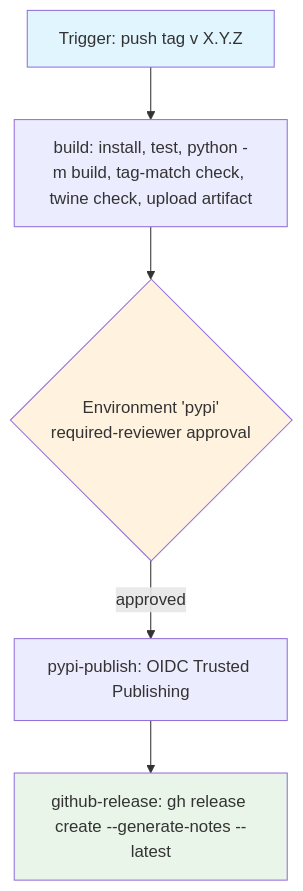
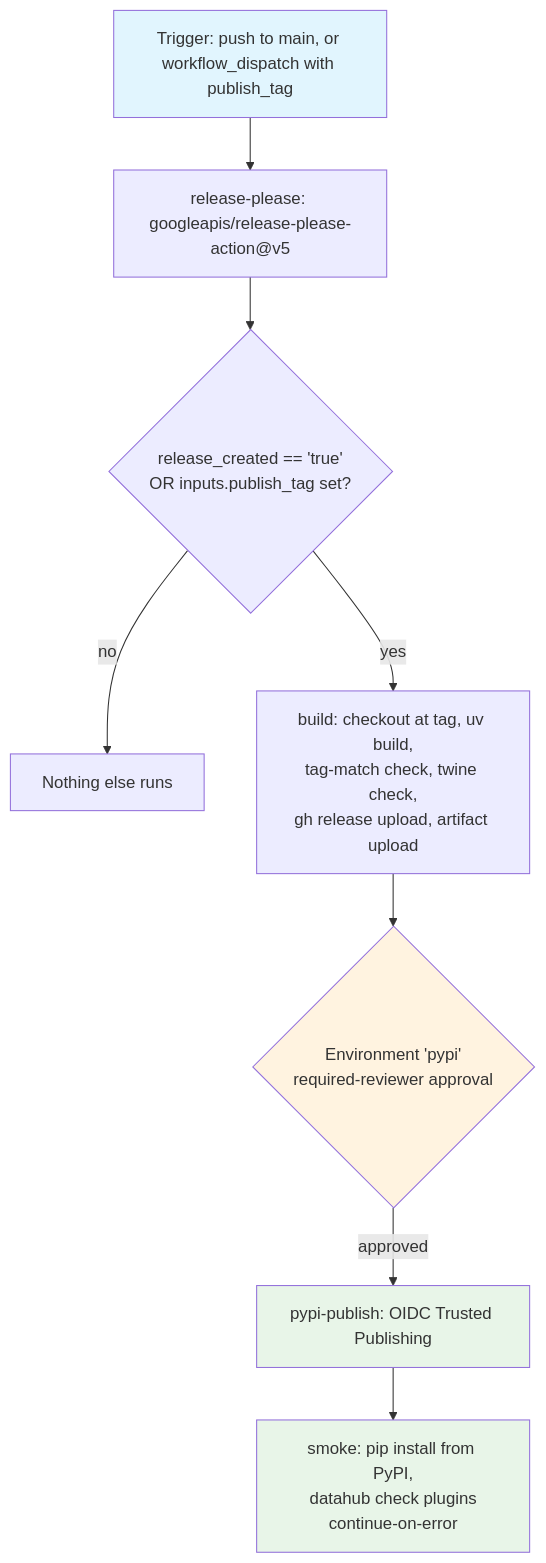
One commit to davidouagne/datahub-yaml-source changed the diagram in spec/spec-process-cicd-release.md. Above: the diagram before and after it, drawn with Mermaid. The commit also changed other lines of this file and 4 other files, not shown here.

First line of the commit message:
ci: replace tag-triggered release with release-please

````diff
--- a/spec/spec-process-cicd-release.md
+++ b/spec/spec-process-cicd-release.md
@@ -30,11 +65,15 @@
 ```mermaid
 graph TD
-    A[Trigger: push tag v X.Y.Z] --> B[build: install, test, python -m build, tag-match check, twine check, upload artifact]
-    B --> C{Environment 'pypi'\nrequired-reviewer approval}
-    C -->|approved| D[pypi-publish: OIDC Trusted Publishing]
-    D --> E[github-release: gh release create --generate-notes --latest]
+    A[Trigger: push to main, or workflow_dispatch with publish_tag] --> B[release-please: googleapis/release-please-action@v5]
+    B --> C{release_created == 'true'<br/>OR inputs.publish_tag set?}
+    C -->|no| Z[Nothing else runs]
+    C -->|yes| D[build: checkout at tag, uv build,<br/>tag-match check, twine check,<br/>gh release upload, artifact upload]
+    D --> E{Environment 'pypi'<br/>required-reviewer approval}
+    E -->|approved| F[pypi-publish: OIDC Trusted Publishing]
+    F --> G[smoke: pip install from PyPI,<br/>datahub check plugins<br/>continue-on-error]
 
     style A fill:#e1f5fe
-    style C fill:#fff3e0
-    style E fill:#e8f5e8
+    style E fill:#fff3e0
+    style F fill:#e8f5e8
+    style G fill:#e8f5e8
 ```
````
